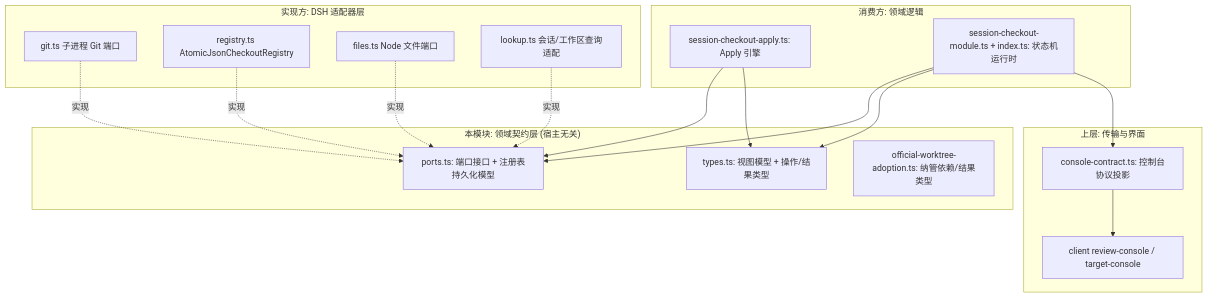
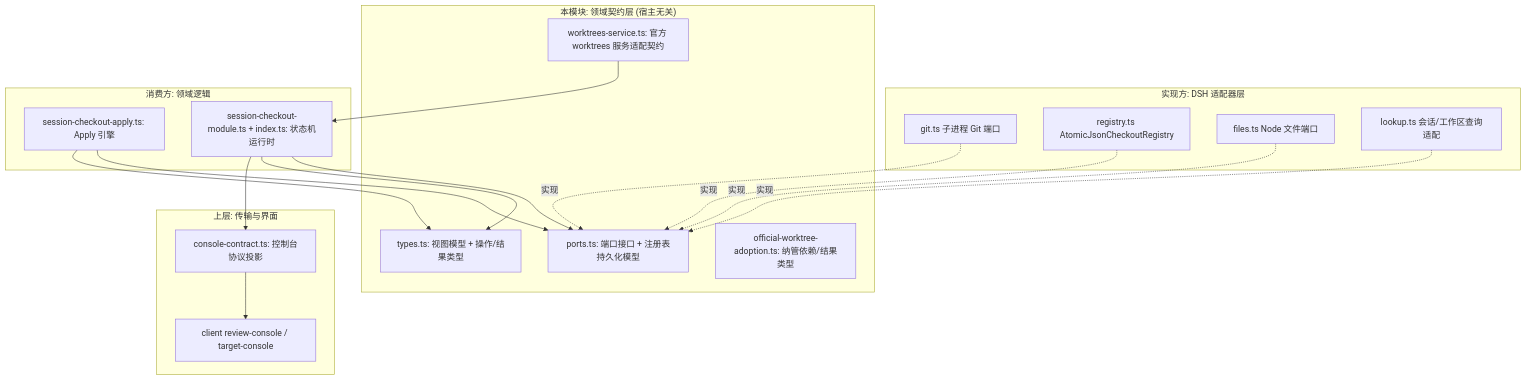
The first of 4 diagrams in .codewiki/_native-state/docs/core_worktree_domain_and_infrastructure/session_checkout_domain/session_checkout_domain_contracts.md (ikliml666/dsh-git-workspace), drawn with Mermaid before and after one commit. The commit also changed other lines of this file and 60 other files, not shown here.

````diff
--- a/.codewiki/_native-state/docs/core_worktree_domain_and_infrastructure/session_checkout_domain/session_checkout_domain_contracts.md
+++ b/.codewiki/_native-state/docs/core_worktree_domain_and_infrastructure/session_checkout_domain/session_checkout_domain_contracts.md
@@ -15,32 +16,34 @@
 ```mermaid
 flowchart TB
   subgraph AD["实现方: DSH 适配器层"]
     A1["git.ts 子进程 Git 端口"]
     A2["registry.ts AtomicJsonCheckoutRegistry"]
     A3["files.ts Node 文件端口"]
     A4["lookup.ts 会话/工作区查询适配"]
   end
   subgraph CT["本模块: 领域契约层 (宿主无关)"]
     P["ports.ts: 端口接口 + 注册表持久化模型"]
     T["types.ts: 视图模型 + 操作/结果类型"]
     A["official-worktree-adoption.ts: 纳管依赖/结果类型"]
+    W["worktrees-service.ts: 官方 worktrees 服务适配契约"]
   end
   subgraph CN["消费方: 领域逻辑"]
     E["session-checkout-apply.ts: Apply 引擎"]
     M["session-checkout-module.ts + index.ts: 状态机运行时"]
   end
   subgraph UP["上层: 传输与界面"]
     C["console-contract.ts: 控制台协议投影"]
     U["client review-console / target-console"]
   end
   A1 -. 实现 .-> P
   A2 -. 实现 .-> P
   A3 -. 实现 .-> P
   A4 -. 实现 .-> P
   E --> P
   M --> P
   M --> T
   E --> T
+  W --> M
   M --> C
   C --> U
 ```
````
